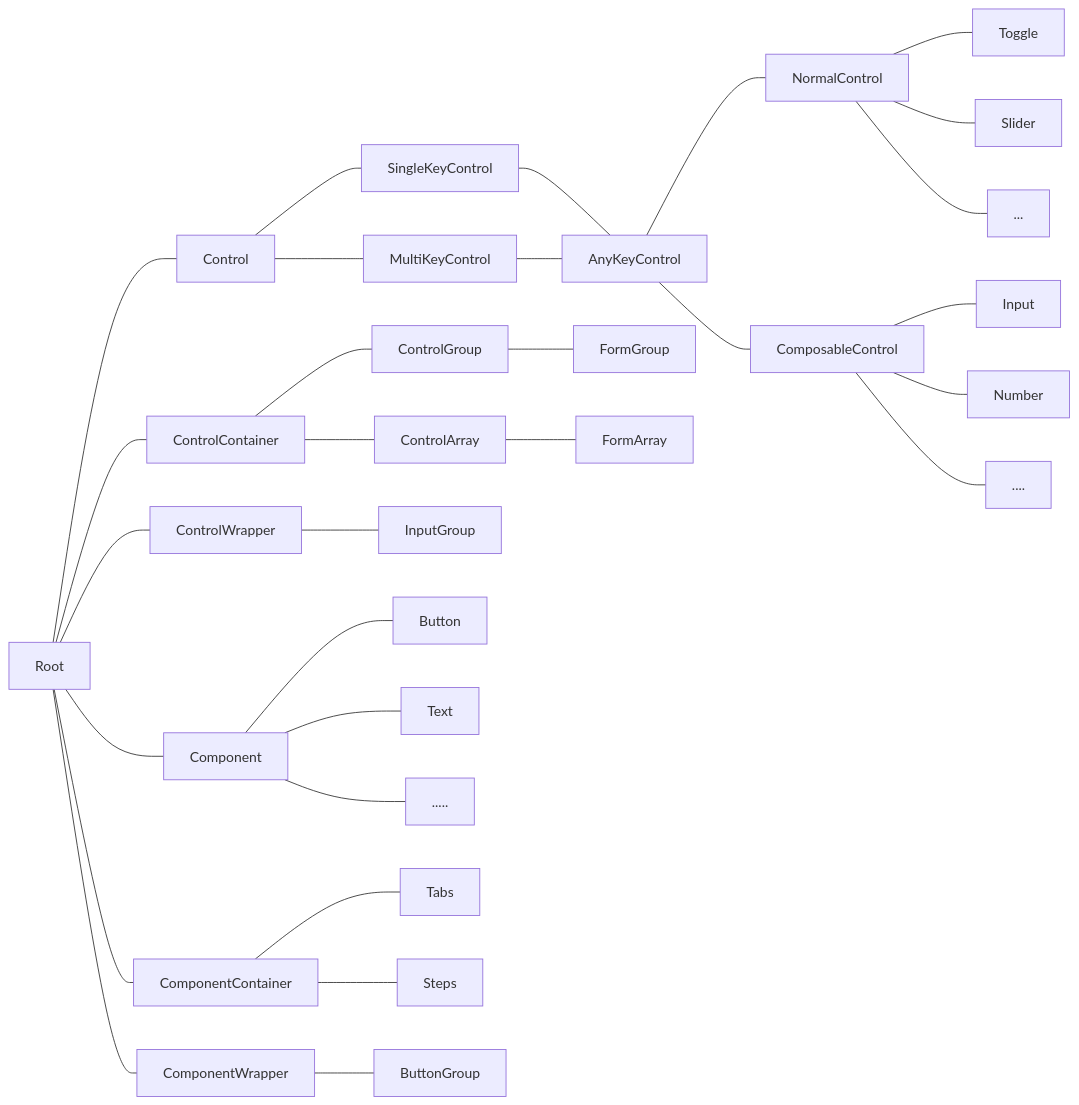
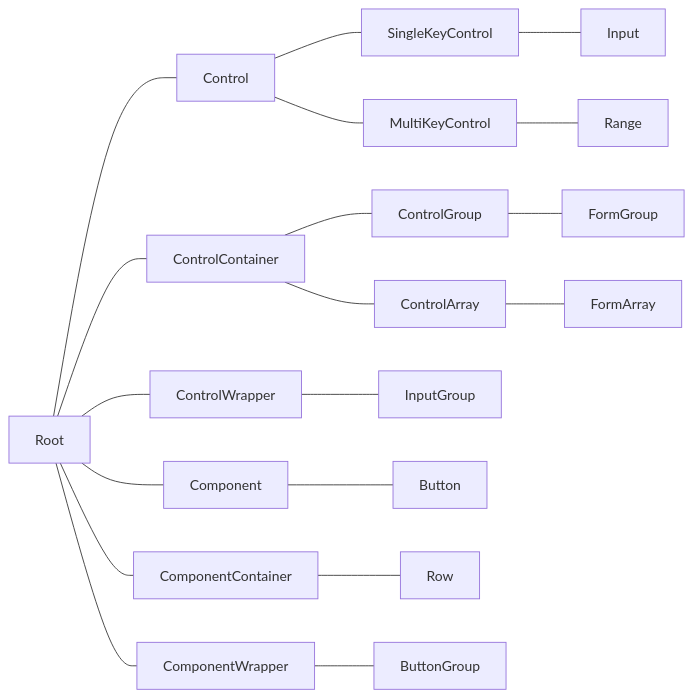
The diagram in DESIGN.md (fluent-form/fluent-form), drawn with Mermaid before and after one commit. The commit also changed 16 other files, not shown here.

````diff
--- a/DESIGN.md
+++ b/DESIGN.md
@@ -1,41 +1,30 @@
 ```mermaid
 graph LR
 
 Root --- Control
 Root --- ControlContainer
 Root --- ControlWrapper
 Root --- Component
 Root --- ComponentContainer
 Root --- ComponentWrapper
 
-Control --- SingleKeyControl --- AnyKeyControl
-Control --- MultiKeyControl --- AnyKeyControl
+Control --- SingleKeyControl
+Control --- MultiKeyControl
 
-AnyKeyControl --- NormalControl
-AnyKeyControl --- ComposableControl
-
-NormalControl --- Toggle
-NormalControl --- Slider
-NormalControl --- ...
-
-ComposableControl --- Input
-ComposableControl --- Number
-ComposableControl --- ....
+SingleKeyControl --- Input
+MultiKeyControl --- Range
 
 ControlContainer --- ControlGroup
 ControlContainer --- ControlArray
 
 ControlGroup --- FormGroup
 ControlArray --- FormArray
 
 ControlWrapper --- InputGroup
 
 Component --- Button
-Component --- Text
-Component --- .....
 
-ComponentContainer --- Tabs
-ComponentContainer --- Steps
+ComponentContainer --- Row
 
 ComponentWrapper --- ButtonGroup
 ```
````
